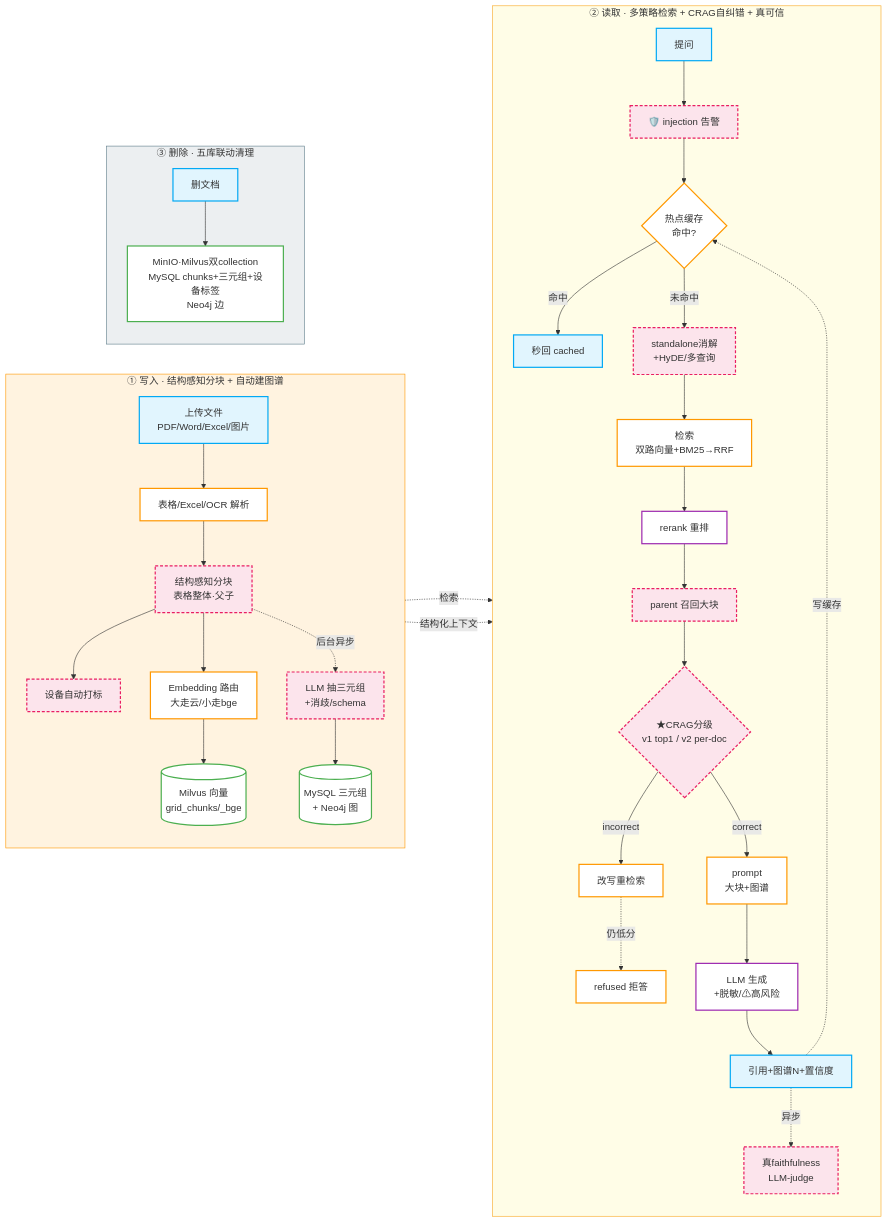
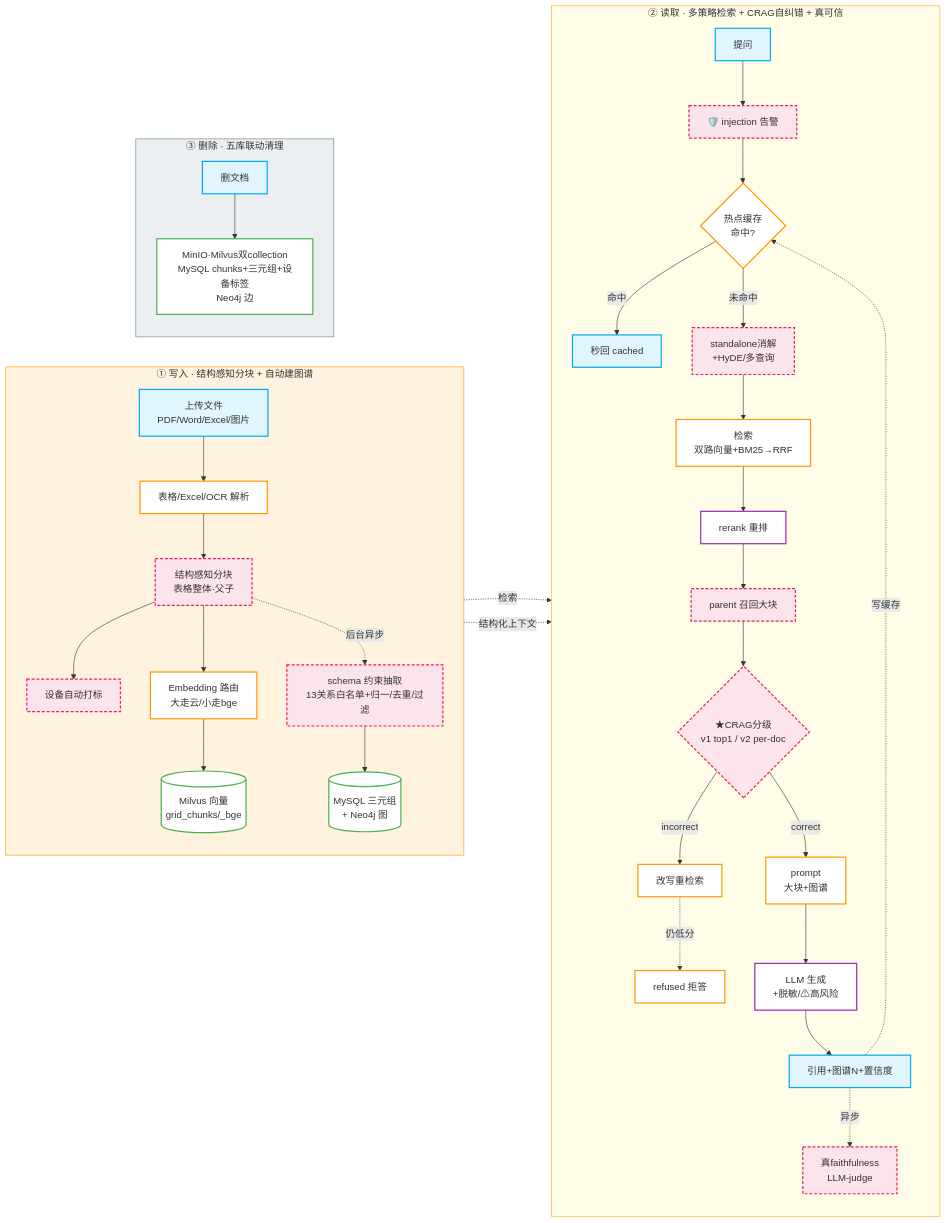
One commit to zhyese/grid-qa changed the third of 5 diagrams in README.md. Above: the diagram before and after it, drawn with Mermaid. The commit also changed other lines of this file, not shown here.

Commit message:
docs(readme): 架构图更新——Agentic诊断/两票审核/KG抽取重写入图（mermaid 风格不变）

````diff
--- a/README.md
+++ b/README.md
@@ -240,51 +252,51 @@
 ```mermaid
 flowchart LR
     classDef io fill:#e1f5fe,stroke:#03a9f4,stroke-width:2px
     classDef process fill:#ffffff,stroke:#ff9800,stroke-width:2px
     classDef storage fill:#ffffff,stroke:#4caf50,stroke-width:2px
     classDef llm fill:#ffffff,stroke:#9c27b0,stroke-width:2px
     classDef new fill:#fce4ec,stroke:#e91e63,stroke-width:2px,stroke-dasharray:5 3
 
     subgraph W["① 写入 · 结构感知分块 + 自动建图谱"]
         direction TB
         U[上传文件<br/>PDF/Word/Excel/图片]:::io --> P[表格/Excel/OCR 解析]:::process
         P --> SK[结构感知分块<br/>表格整体·父子]:::new
         SK --> EQ[设备自动打标]:::new
         SK --> V[Embedding 路由<br/>大走云/小走bge]:::process
         V --> VMIL[("Milvus 向量<br/>grid_chunks/_bge")]:::storage
-        SK -.->|后台异步| K[LLM 抽三元组<br/>+消歧/schema]:::new
+        SK -.->|后台异步| K[schema 约束抽取<br/>13关系白名单+归一/去重/过滤]:::new
         K --> KG[("MySQL 三元组<br/>+ Neo4j 图")]:::storage
     end
 
     subgraph R["② 读取 · 多策略检索 + CRAG自纠错 + 真可信"]
         direction TB
         Q[提问]:::io --> GUARD[🛡️ injection 告警]:::new
         GUARD --> CC{"热点缓存<br/>命中?"}:::process
         CC -->|命中| A1[秒回 cached]:::io
         CC -->|未命中| ST[standalone消解<br/>+HyDE/多查询]:::new
         ST --> RT[检索<br/>双路向量+BM25→RRF]:::process
         RT --> RRK[rerank 重排]:::llm
         RRK --> PE[parent 召回大块]:::new
         PE --> CG{"★CRAG分级<br/>v1 top1 / v2 per-doc"}:::new
         CG -->|correct| PF["prompt<br/>大块+图谱"]:::process
         CG -->|incorrect| RW[改写重检索]:::process
         RW -.->|仍低分| RF[refused 拒答]:::process
         PF --> L[LLM 生成<br/>+脱敏/⚠高风险]:::llm
         L --> A2[引用+图谱N+置信度]:::io
         A2 -.->|异步| FJ[真faithfulness<br/>LLM-judge]:::new
         A2 -.->|写缓存| CC
     end
 
     subgraph D["③ 删除 · 五库联动清理"]
         direction TB
         DEL[删文档]:::io --> CL["MinIO·Milvus双collection<br/>MySQL chunks+三元组+设备标签<br/>Neo4j 边"]:::storage
     end
 
     %% 闭环：写入产物 → 读取消费（数据真正流转）
     VMIL -. 检索 .-> RT
     KG -. 结构化上下文 .-> PF
 
     style W fill:#fff3e0,stroke:#ff9800
     style R fill:#fffde7,stroke:#f9a825
     style D fill:#eceff1,stroke:#607d8b
 ```
````
